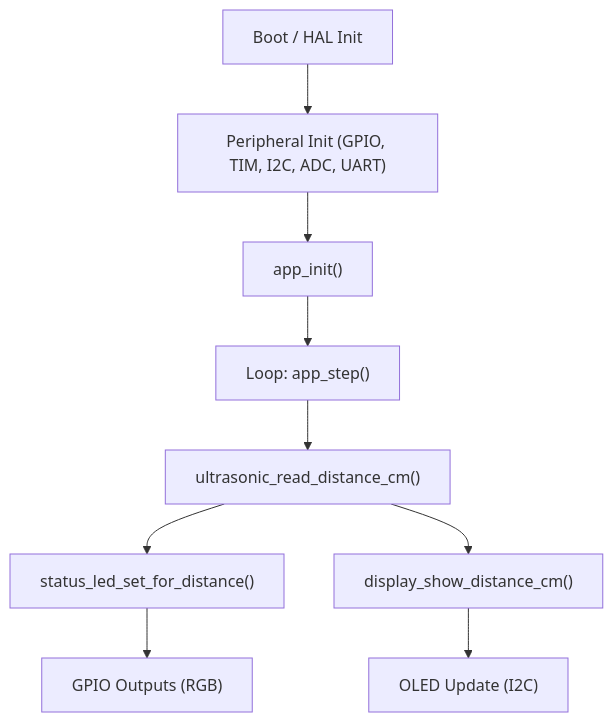
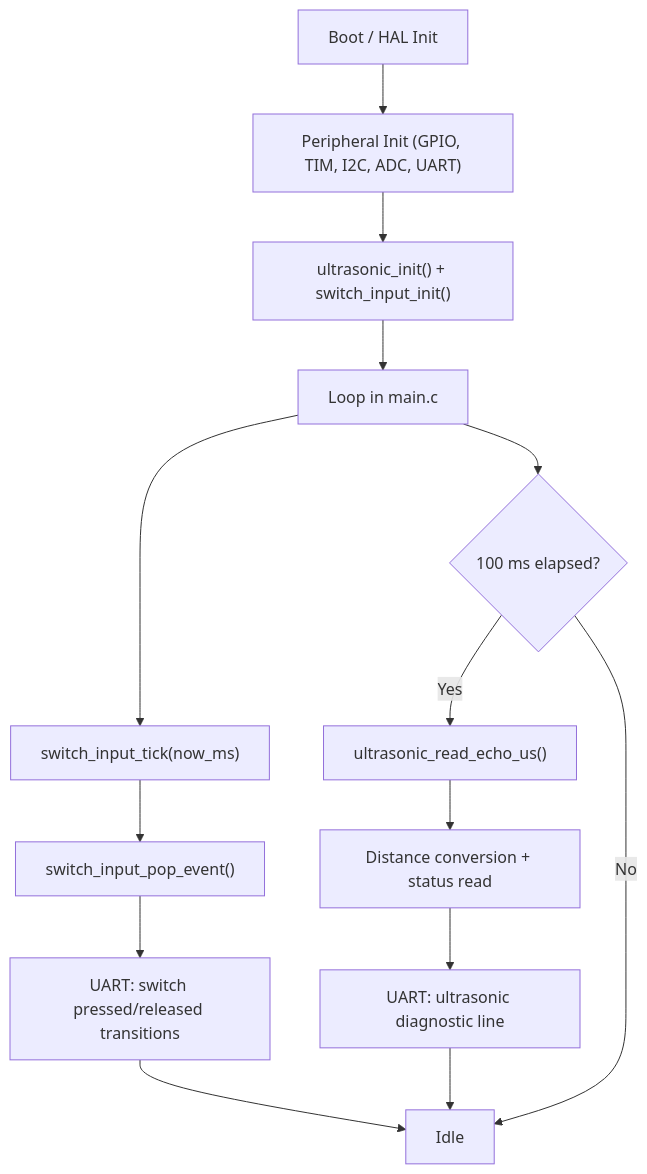
The diagram in docs/architecture/Architecture.md (RJTPP/S-ADAPT-IoT), drawn with Mermaid before and after one commit. The commit also changed other lines of this file, not shown here.

````diff
--- a/docs/architecture/Architecture.md
+++ b/docs/architecture/Architecture.md
@@ -32,11 +33,16 @@
 ```mermaid
 flowchart TD
     A["Boot / HAL Init"] --> B["Peripheral Init (GPIO, TIM, I2C, ADC, UART)"]
-    B --> C["app_init()"]
-    C --> D["Loop: app_step()"]
-    D --> E["ultrasonic_read_distance_cm()"]
-    E --> F["status_led_set_for_distance()"]
-    E --> G["display_show_distance_cm()"]
-    F --> H["GPIO Outputs (RGB)"]
-    G --> I["OLED Update (I2C)"]
+    B --> C["ultrasonic_init() + switch_input_init()"]
+    C --> D["Loop in main.c"]
+    D --> E["switch_input_tick(now_ms)"]
+    E --> F["switch_input_pop_event()"]
+    F --> G["UART: switch pressed/released transitions"]
+    D --> H{"100 ms elapsed?"}
+    H -- "Yes" --> I["ultrasonic_read_echo_us()"]
+    I --> J["Distance conversion + status read"]
+    J --> K["UART: ultrasonic diagnostic line"]
+    H -- "No" --> L["Idle"]
+    G --> L
+    K --> L
 ```
````
